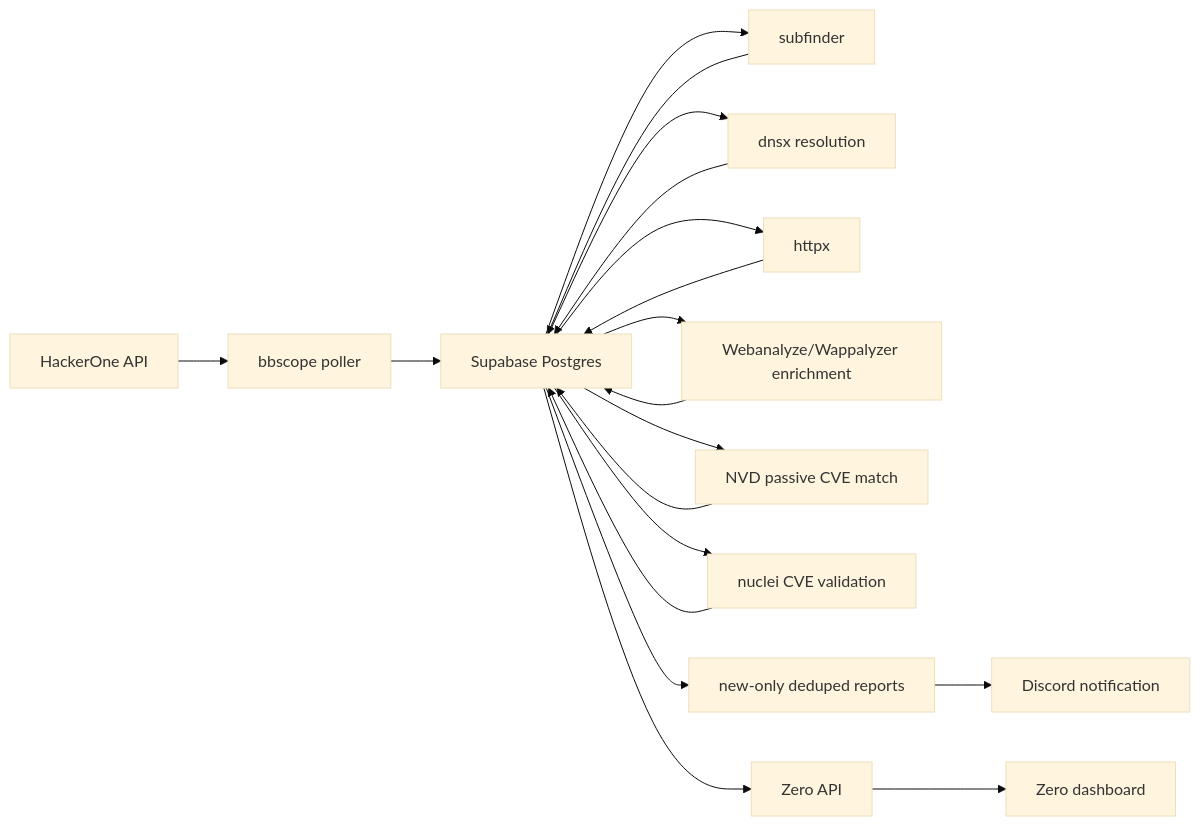
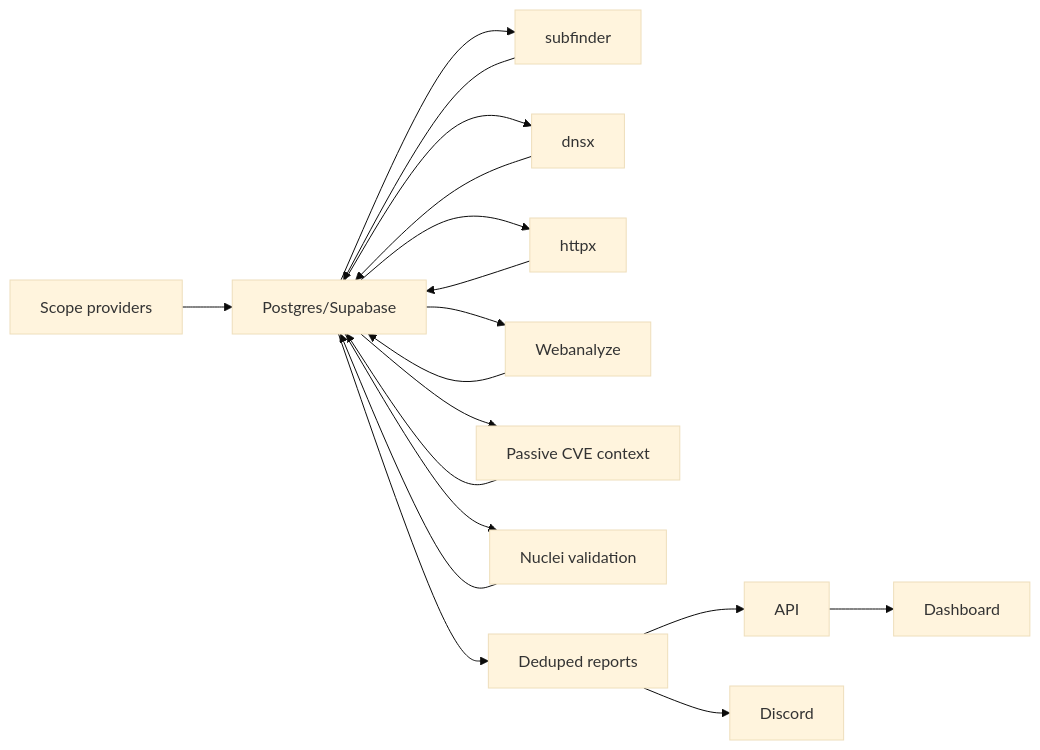
The diagram in docs/ARCHITECTURE.md (rafabd1/ZERO), drawn with Mermaid (base theme) before and after one commit. The commit also changed other lines of this file and 13 other files, not shown here.

````diff
--- a/docs/ARCHITECTURE.md
+++ b/docs/ARCHITECTURE.md
@@ -5,21 +5,20 @@
 ```mermaid
 flowchart LR
-  H1["HackerOne API"] --> BBS["bbscope poller"]
-  BBS --> DB["Supabase Postgres"]
+  S["Scope providers"] --> DB["Postgres/Supabase"]
   DB --> SF["subfinder"]
   SF --> DB
-  DB --> DNSX["dnsx resolution"]
-  DNSX --> DB
+  DB --> DNS["dnsx"]
+  DNS --> DB
   DB --> HX["httpx"]
   HX --> DB
-  DB --> WA["Webanalyze/Wappalyzer enrichment"]
+  DB --> WA["Webanalyze"]
   WA --> DB
-  DB --> NVD["NVD passive CVE match"]
-  NVD --> DB
-  DB --> NUCLEI["nuclei CVE validation"]
-  NUCLEI --> DB
-  DB --> REPORT["new-only deduped reports"]
-  REPORT --> DISCORD["Discord notification"]
-  DB --> API["Zero API"]
-  API --> DASH["Zero dashboard"]
+  DB --> CVE["Passive CVE context"]
+  CVE --> DB
+  DB --> NUC["Nuclei validation"]
+  NUC --> DB
+  DB --> REP["Deduped reports"]
+  REP --> API["API"]
+  REP --> DIS["Discord"]
+  API --> DASH["Dashboard"]
 ```
````
